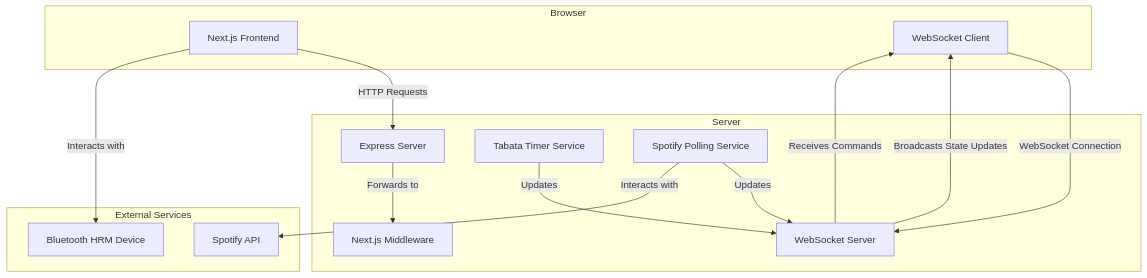
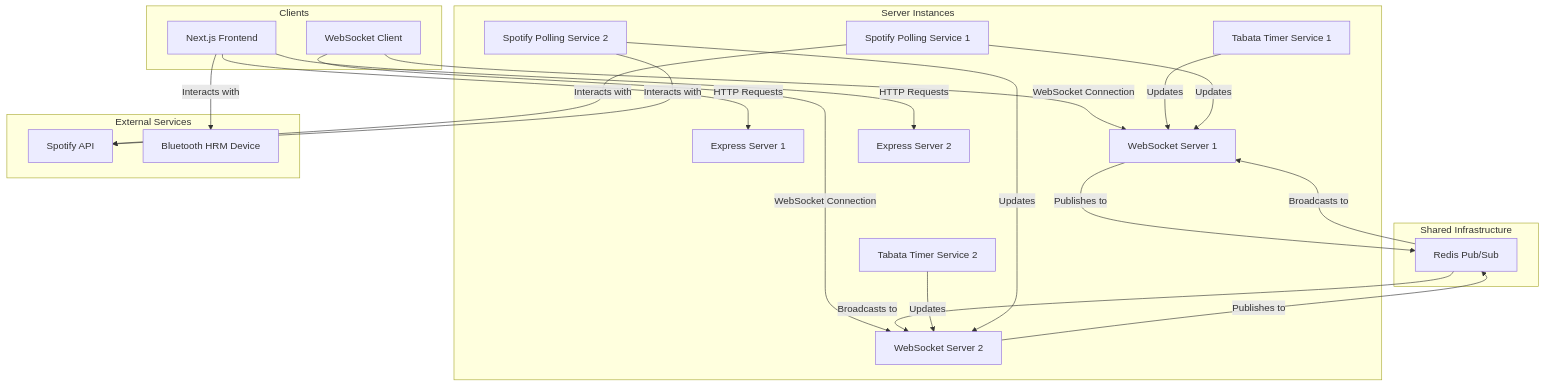
Before and after one commit to arii/hrm: the diagram in README.md, drawn with Mermaid. The commit also changed other lines of this file and 16 other files, not shown here.

First line of the commit message:
refactor: Decouple WebSocket State with Redis Pub/Sub

````diff
--- a/README.md
+++ b/README.md
@@ -401,33 +404,48 @@
 ```mermaid
 graph TD
-    subgraph "Browser"
+    subgraph "Clients"
         A[Next.js Frontend]
         B[WebSocket Client]
     end
 
-    subgraph "Server"
-        C[Express Server]
-        D[Next.js Middleware]
-        E[WebSocket Server]
-        F[Tabata Timer Service]
-        G[Spotify Polling Service]
+    subgraph "Server Instances"
+        C1[Express Server 1]
+        D1[WebSocket Server 1]
+        F1[Tabata Timer Service 1]
+        G1[Spotify Polling Service 1]
+
+        C2[Express Server 2]
+        D2[WebSocket Server 2]
+        F2[Tabata Timer Service 2]
+        G2[Spotify Polling Service 2]
+    end
+
+    subgraph "Shared Infrastructure"
+        H[Redis Pub/Sub]
     end
 
     subgraph "External Services"
-        H[Spotify API]
-        I[Bluetooth HRM Device]
+        I[Spotify API]
+        J[Bluetooth HRM Device]
     end
 
-    A -- HTTP Requests --> C
-    C -- Forwards to --> D
-    B -- WebSocket Connection --> E
+    A -- HTTP Requests --> C1
+    A -- HTTP Requests --> C2
+    B -- WebSocket Connection --> D1
+    B -- WebSocket Connection --> D2
 
-    E -- Broadcasts State Updates --> B
-    E -- Receives Commands --> B
+    D1 -- Publishes to --> H
+    D2 -- Publishes to --> H
 
-    F -- Updates --> E
-    G -- Updates --> E
+    H -- Broadcasts to --> D1
+    H -- Broadcasts to --> D2
 
-    G -- Interacts with --> H
-    A -- Interacts with --> I
+    F1 -- Updates --> D1
+    G1 -- Updates --> D1
+    F2 -- Updates --> D2
+    G2 -- Updates --> D2
+
+    G1 -- Interacts with --> I
+    G2 -- Interacts with --> I
+    A -- Interacts with --> J
 ```
````
